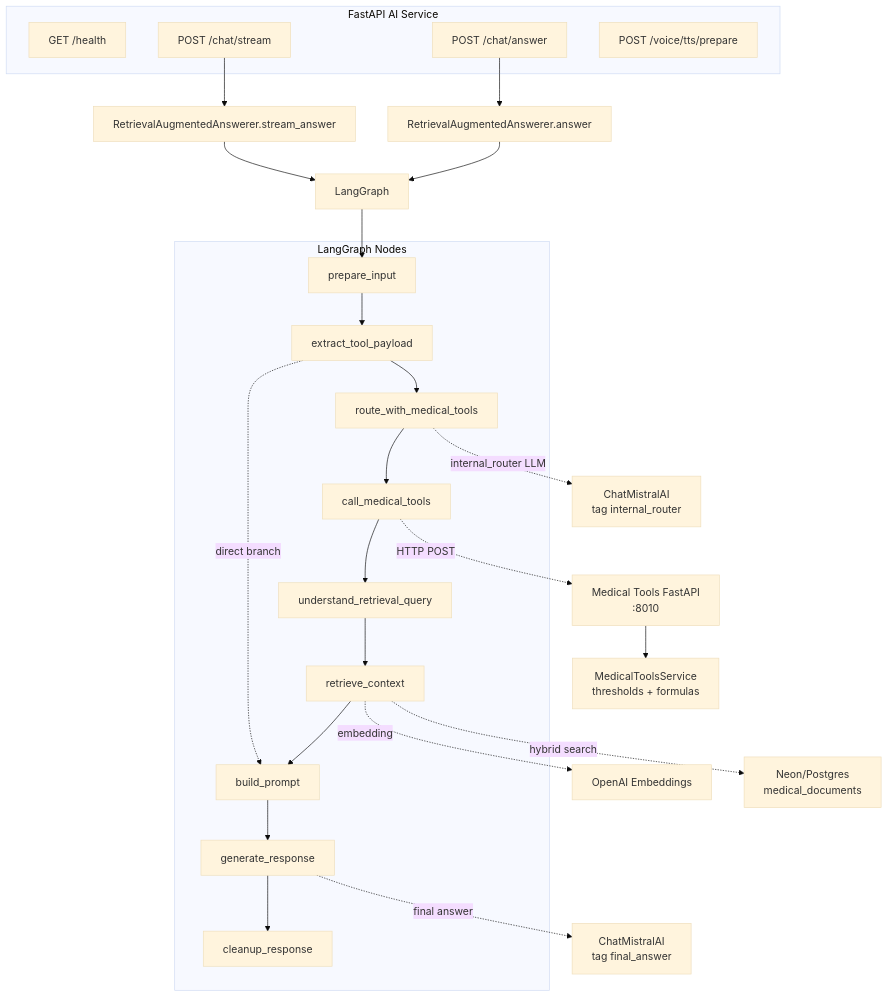
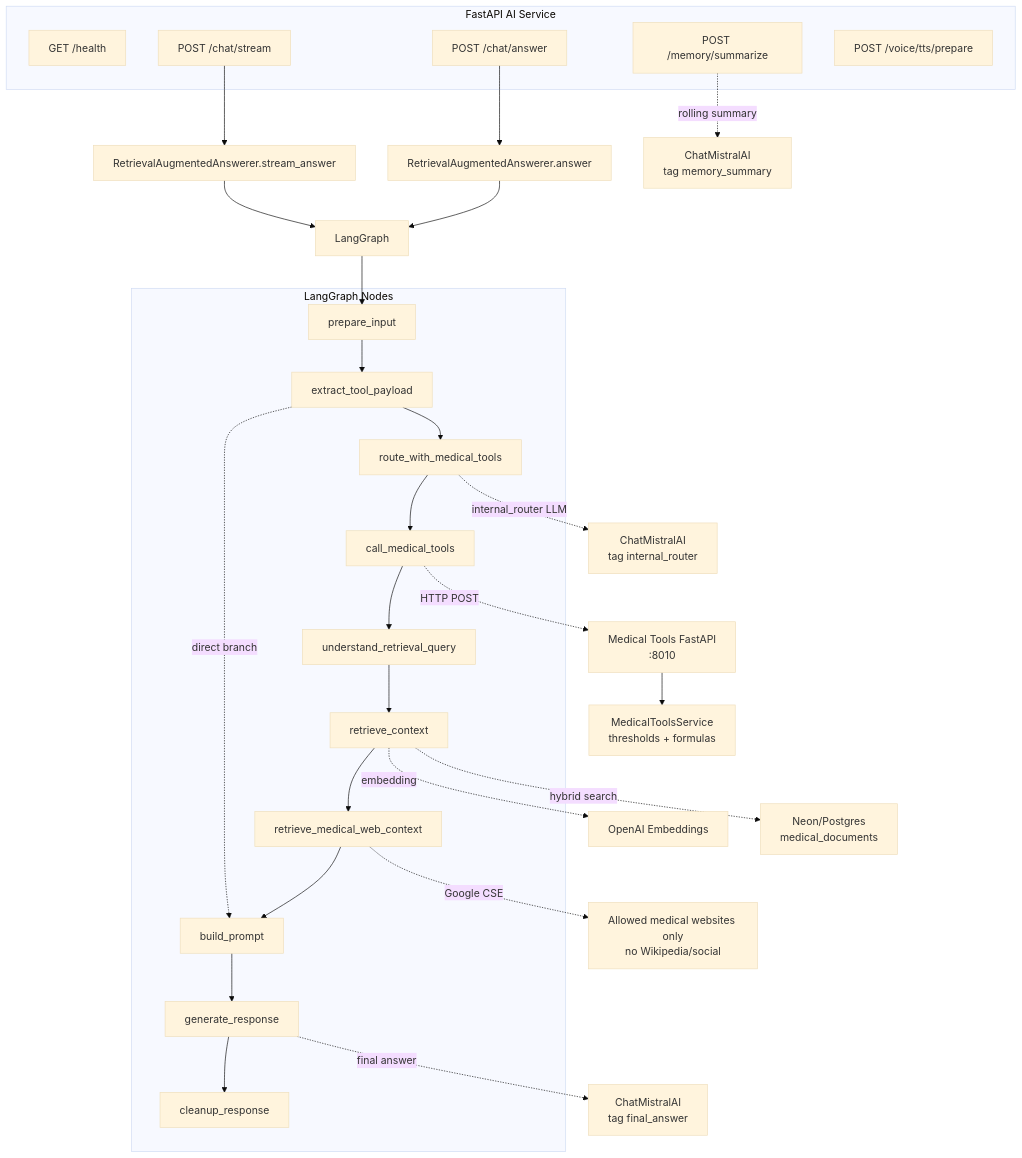
Before and after one commit to Ngoc-Quy-az1/VitalAI: diagram 15 of 15 in doc/LangGraph_Tree.md, drawn with Mermaid (base theme). The commit also changed other lines of this file and 11 other files, not shown here.

````diff
--- a/doc/LangGraph_Tree.md
+++ b/doc/LangGraph_Tree.md
@@ -672,36 +672,40 @@
 ```mermaid
 flowchart TD
     subgraph PublicAPI["FastAPI AI Service"]
         Health["GET /health"]
         ChatAnswer["POST /chat/answer"]
         ChatStream["POST /chat/stream"]
+        MemorySummary["POST /memory/summarize"]
         TTS["POST /voice/tts/prepare"]
     end
 
     ChatAnswer --> Answerer["RetrievalAugmentedAnswerer.answer"]
     ChatStream --> StreamAnswerer["RetrievalAugmentedAnswerer.stream_answer"]
     Answerer --> Graph["LangGraph"]
     StreamAnswerer --> Graph
 
     subgraph GraphNodes["LangGraph Nodes"]
         N1["prepare_input"]
         N2["extract_tool_payload"]
         N3["route_with_medical_tools"]
         N4["call_medical_tools"]
         N5["understand_retrieval_query"]
         N6["retrieve_context"]
-        N7["build_prompt"]
-        N8["generate_response"]
-        N9["cleanup_response"]
+        N7["retrieve_medical_web_context"]
+        N8["build_prompt"]
+        N9["generate_response"]
+        N10["cleanup_response"]
     end
 
-    Graph --> N1 --> N2 --> N3 --> N4 --> N5 --> N6 --> N7 --> N8 --> N9
-    N2 -. "direct branch" .-> N7
+    Graph --> N1 --> N2 --> N3 --> N4 --> N5 --> N6 --> N7 --> N8 --> N9 --> N10
+    N2 -. "direct branch" .-> N8
 
     N3 -. "internal_router LLM" .-> MistralRouter["ChatMistralAI<br/>tag internal_router"]
     N4 -. "HTTP POST" .-> MedicalAPI["Medical Tools FastAPI<br/>:8010"]
     MedicalAPI --> MedicalEngine["MedicalToolsService<br/>thresholds + formulas"]
     N6 -. "embedding" .-> OpenAIEmbeddings["OpenAI Embeddings"]
     N6 -. "hybrid search" .-> Neon["Neon/Postgres<br/>medical_documents"]
-    N8 -. "final answer" .-> MistralFinal["ChatMistralAI<br/>tag final_answer"]
+    N7 -. "Google CSE" .-> MedicalWeb["Allowed medical websites only<br/>no Wikipedia/social"]
+    N9 -. "final answer" .-> MistralFinal["ChatMistralAI<br/>tag final_answer"]
+    MemorySummary -. "rolling summary" .-> MistralMemory["ChatMistralAI<br/>tag memory_summary"]
 ```
````
